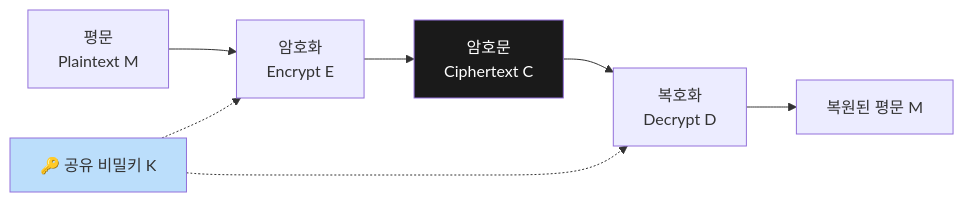
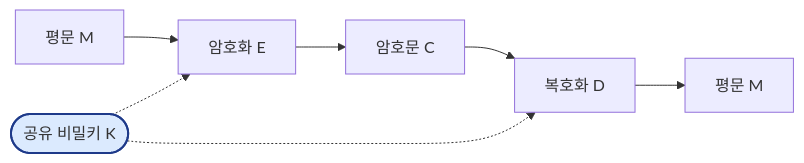
Before and after one commit to KMUTMU/information-security: the third of 12 diagrams in 02_대칭키암호_정리.md, drawn with Mermaid. The commit also changed other lines of this file and 5 other files, not shown here.

Commit message:
Mermaid 다이어그램 가독성 개선: 짧은 라벨·이모지 제거·색상 최소화

````diff
--- a/02_대칭키암호_정리.md
+++ b/02_대칭키암호_정리.md
@@ -43,11 +40,8 @@
 ```mermaid
 flowchart LR
-    M["평문<br/>Plaintext M"] --> E["암호화<br/>Encrypt E"]
-    E --> C["암호문<br/>Ciphertext C"]
-    C --> D["복호화<br/>Decrypt D"]
-    D --> M2["복원된 평문 M"]
-    K["🔑 공유 비밀키 K"] -.-> E
+    M["평문 M"] --> E["암호화 E"] --> C["암호문 C"] --> D["복호화 D"] --> M2["평문 M"]
+    K(["공유 비밀키 K"]) -.-> E
     K -.-> D
-    style K fill:#bbdefb
-    style C fill:#1a1a1a,color:#fff
+    classDef key fill:#dbeafe,stroke:#1e3a8a,stroke-width:2px
+    class K key
 ```
````
